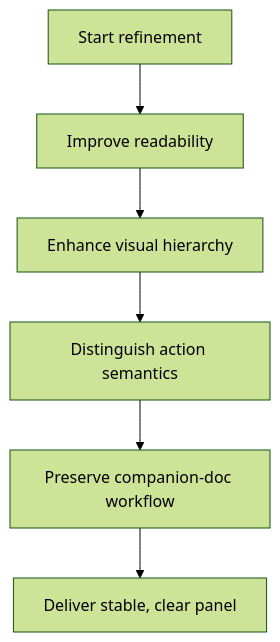
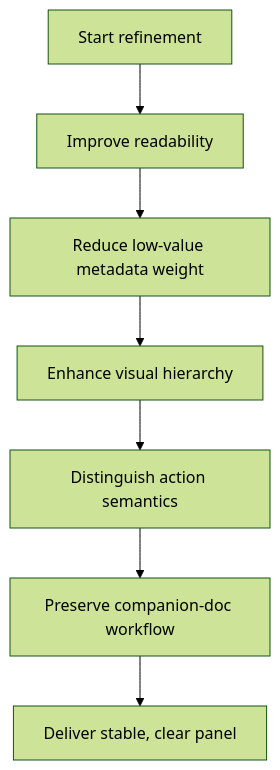
Before and after one commit to AlexAgo83/logics-manager: the diagram in logics/request/req_024_refine_plugin_detail_panel_identity_and_action_hierarchy.md, drawn with Mermaid (forest theme). The commit also changed 50 other files, not shown here.

````diff
--- a/logics/request/req_024_refine_plugin_detail_panel_identity_and_action_hierarchy.md
+++ b/logics/request/req_024_refine_plugin_detail_panel_identity_and_action_hierarchy.md
@@ -37,10 +37,11 @@
 ```mermaid
 %% logics-kind: request
 %% logics-signature: request|refine-plugin-detail-panel-identity-and-|refine-the-vs-code-plugin-detail|ac1-the-detail-panel-title-area
 flowchart TD
-    Trigger[Start refinement] --> Readability[Improve readability]
-    Readability --> Hierarchy[Enhance visual hierarchy]
+    Start[Start refinement] --> Readability[Improve readability]
+    Readability --> ReduceWeight[Reduce low-value metadata weight]
+    ReduceWeight --> Hierarchy[Enhance visual hierarchy]
     Hierarchy --> Actions[Distinguish action semantics]
     Actions --> Preserve[Preserve companion-doc workflow]
     Preserve --> Outcome[Deliver stable, clear panel]
 ```
````
